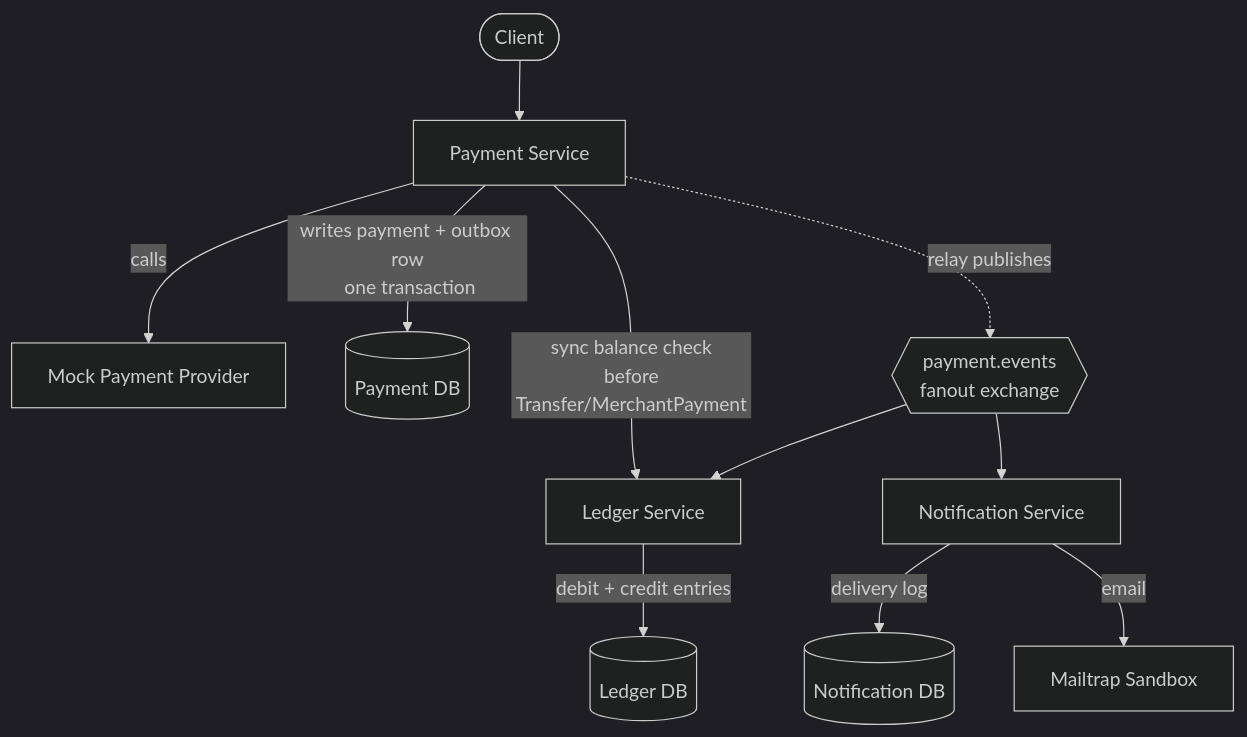
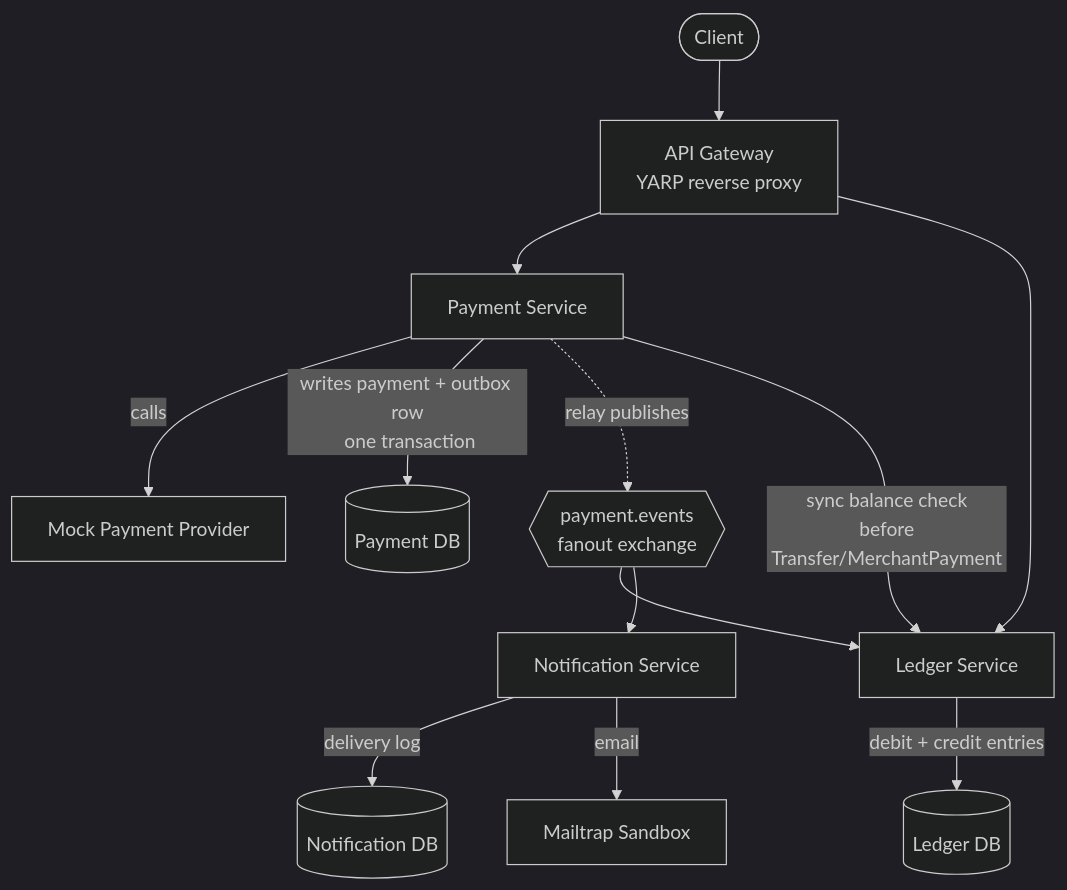
One commit to trymesan204/PaymentGateway changed the diagram in README.md. Above: the diagram before and after it, drawn with Mermaid (dark theme). The commit also changed other lines of this file and 11 other files, not shown here.

Commit message:
Added ApiGateway

````diff
--- a/README.md
+++ b/README.md
@@ -13,18 +13,20 @@
 ```mermaid
 flowchart TB
     Client([Client])
-    Client --> Payment[Payment Service]
+    Client --> Gateway[API Gateway\nYARP reverse proxy]
+    Gateway --> Payment[Payment Service]
+    Gateway --> Ledger
 
     Payment -->|calls| Mock[Mock Payment Provider]
     Payment -->|writes payment + outbox row\n one transaction| PaymentDB[(Payment DB)]
     Payment -.->|relay publishes| Exchange{{payment.events\nfanout exchange}}
 
     Exchange --> Ledger[Ledger Service]
     Exchange --> Notification[Notification Service]
 
     Ledger -->|debit + credit entries| LedgerDB[(Ledger DB)]
     Notification -->|delivery log| NotificationDB[(Notification DB)]
     Notification -->|email| Mailtrap[Mailtrap Sandbox]
 
     Payment -->|sync balance check\n before Transfer/MerchantPayment| Ledger
 ```
````
